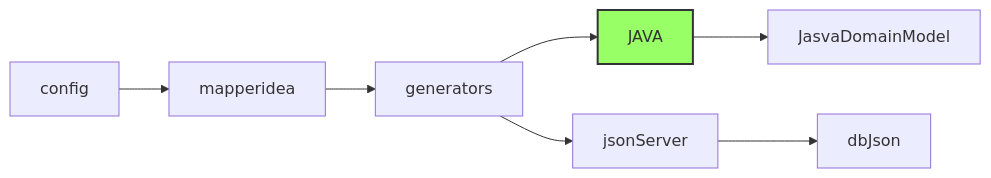
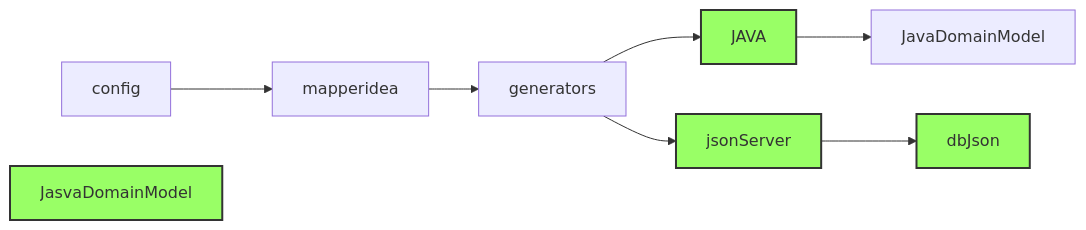
Before and after one commit to HamiltonVentura/MapperIdea: the second of 2 diagrams in mapeando-codigo.md, drawn with Mermaid.

````diff
--- a/mapeando-codigo.md
+++ b/mapeando-codigo.md
@@ -14,11 +14,14 @@
 ```mermaid
     flowchart LR
         config --> mapperidea;
         mapperidea --> generators;
         generators --> JAVA;
         generators --> jsonServer;
-        JAVA --> JasvaDomainModel;
+        JAVA --> JavaDomainModel;
         jsonServer --> dbJson;
 
 style JAVA fill:#9f6,stroke:#333,stroke-width:2px;
+style jsonServer fill:#9f6,stroke:#333,stroke-width:2px;
+style JasvaDomainModel fill:#9f6,stroke:#333,stroke-width:2px;
+style dbJson fill:#9f6,stroke:#333,stroke-width:2px;
 ```
````
